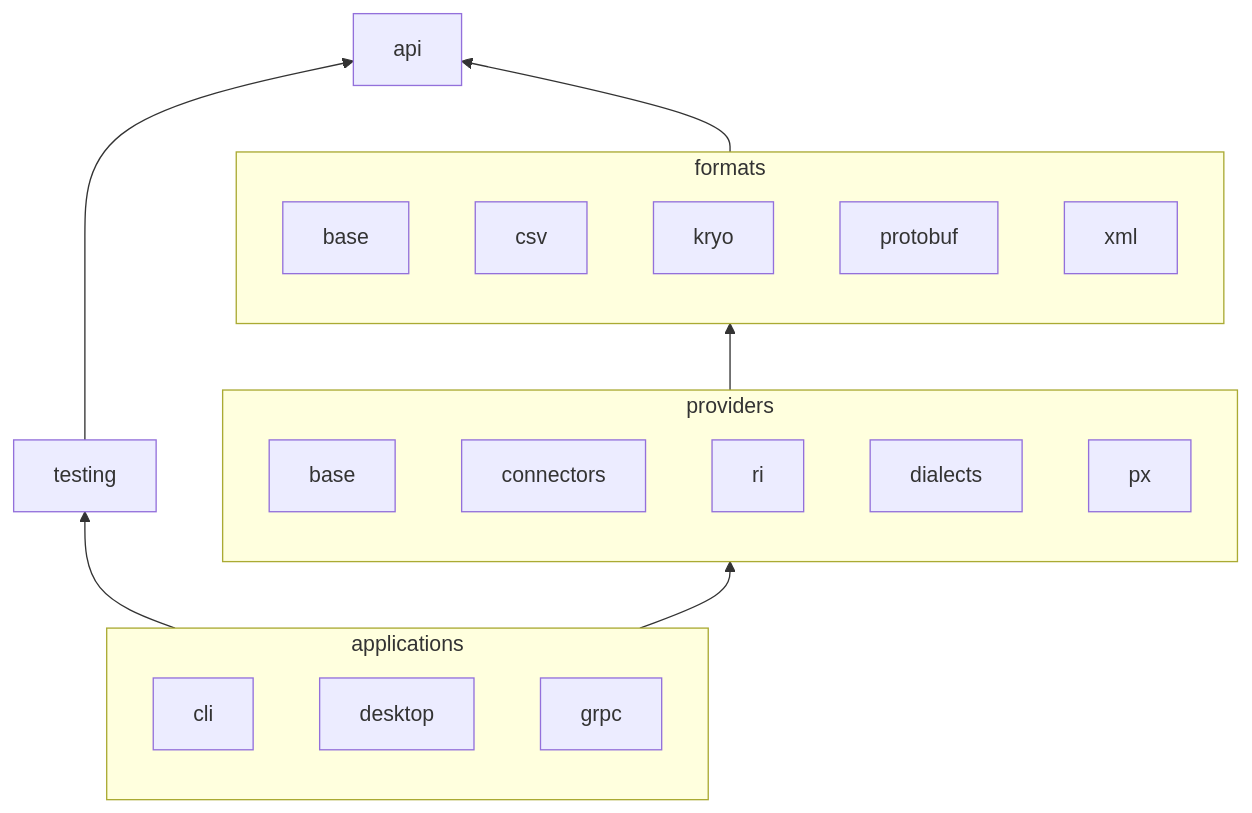
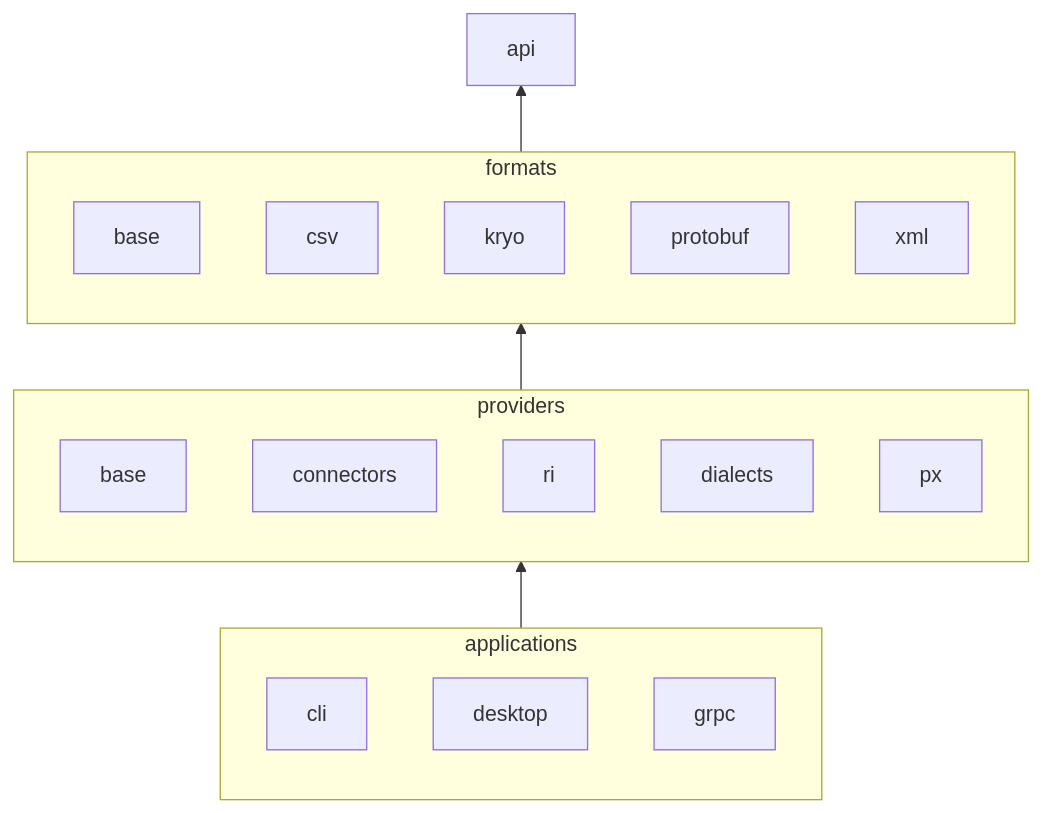
The diagram in docs/content/api/_index.md (nbbrd/sdmx-dl), drawn with Mermaid before and after one commit. The commit also changed other lines of this file and 60 other files, not shown here.

````diff
--- a/docs/content/api/_index.md
+++ b/docs/content/api/_index.md
@@ -12,29 +25,27 @@
 ```mermaid
 flowchart BT
     api
     subgraph formats
         format-base[base]
         csv
         kryo
         protobuf
         xml
     end
     subgraph providers
         provider-base[base]
         connectors
         ri
         dialects
         px
     end
     subgraph applications
         cli
         desktop
         grpc
     end
-    testing
 
     formats --> api
     providers --> formats
-    testing ---> api
-    applications --> providers & testing
+    applications --> providers
 ```
````
